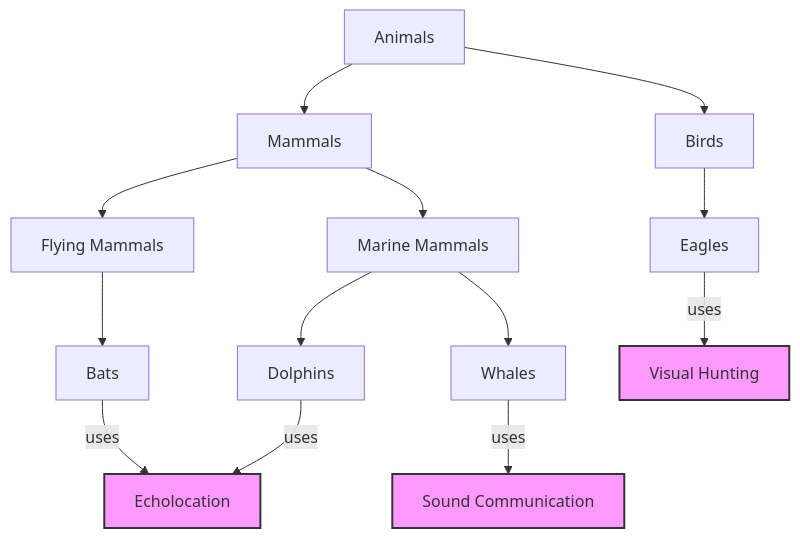
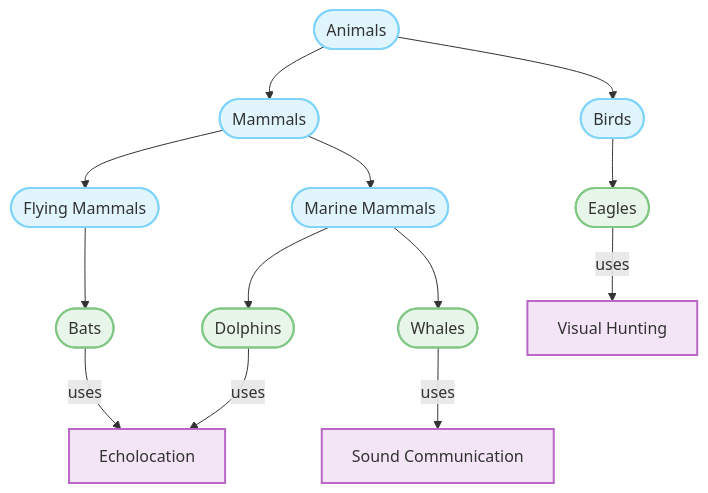
Before and after one commit to nyvyn/nyvyn.github.io: the second of 3 diagrams in _notes/2024-12-24-graph-embeddings.markdown, drawn with Mermaid. The commit also changed 1 other file, not shown here.

Commit message:
feat: Enhance Mermaid diagram rendering with dark mode and improved styling

````diff
--- a/_notes/2024-12-24-graph-embeddings.markdown
+++ b/_notes/2024-12-24-graph-embeddings.markdown
@@ -92,20 +92,32 @@
    ```mermaid
    flowchart TD
-    A["Animals"] --> B["Mammals"]
-    A --> C["Birds"]
-    B --> D["Marine Mammals"]
-    B --> E["Flying Mammals"]
-    D --> F["Dolphins"]
-    D --> G["Whales"]
-    E --> H["Bats"]
-    C --> I["Eagles"]
+    %% Define nodes with cleaner styling
+    A([Animals]):::category
+    B([Mammals]):::category
+    C([Birds]):::category
+    D([Marine Mammals]):::category
+    E([Flying Mammals]):::category
+    F([Dolphins]):::animal
+    G([Whales]):::animal
+    H([Bats]):::animal
+    I([Eagles]):::animal
+    J[Echolocation]:::trait
+    K[Sound Communication]:::trait
+    L[Visual Hunting]:::trait
     
-    F -->|uses| J["Echolocation"]
-    H -->|uses| J
-    G -->|uses| K["Sound Communication"]
-    I -->|uses| L["Visual Hunting"]
+    %% Define relationships
+    A --> B & C
+    B --> D & E
+    D --> F & G
+    E --> H
+    C --> I
     
-    style J fill:#f9f,stroke:#333,stroke-width:2px
-    style K fill:#f9f,stroke:#333,stroke-width:2px
-    style L fill:#f9f,stroke:#333,stroke-width:2px
+    F & H -->|uses| J
+    G -->|uses| K
+    I -->|uses| L
+    
+    %% Define styles
+    classDef category fill:#e1f5fe,stroke:#81d4fa,stroke-width:2px
+    classDef animal fill:#e8f5e9,stroke:#81c784,stroke-width:2px
+    classDef trait fill:#f3e5f5,stroke:#ba68c8,stroke-width:2px
    ```
````
